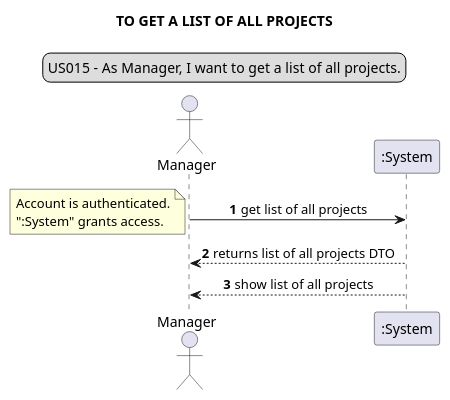
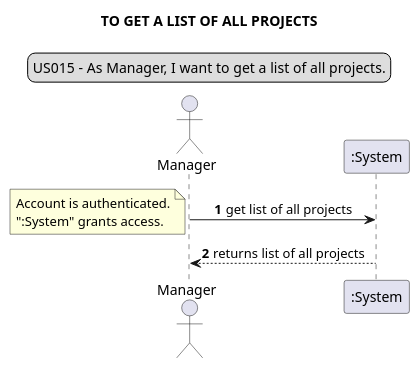
Diagram 13 of 37 in docs/requirements_gathering/system_sequence_diagrams/systemSequenceDiagram.puml (Loracline/project_switch_22-23), drawn with PlantUML before and after one commit. The commit also changed other lines of this file, not shown here.

Commit message:
updated SSDs

```diff
--- a/docs/requirements_gathering/system_sequence_diagrams/systemSequenceDiagram.puml
+++ b/docs/requirements_gathering/system_sequence_diagrams/systemSequenceDiagram.puml
@@ -229,16 +229,15 @@
 @startuml
 legend top
 US015 - As Manager, I want to get a list of all projects.
 end legend
 skinparam sequenceMessageAlign center
 title TO GET A LIST OF ALL PROJECTS
 actor "Manager"
 autonumber
 "Manager" -> ":System": get list of all projects
 note left
 Account is authenticated.
 ":System" grants access.
 end note
-"Manager" <-- ":System": returns list of all projects DTO
-"Manager" <-- ":System": show list of all projects
+"Manager" <-- ":System": returns list of all projects
 @enduml
```
